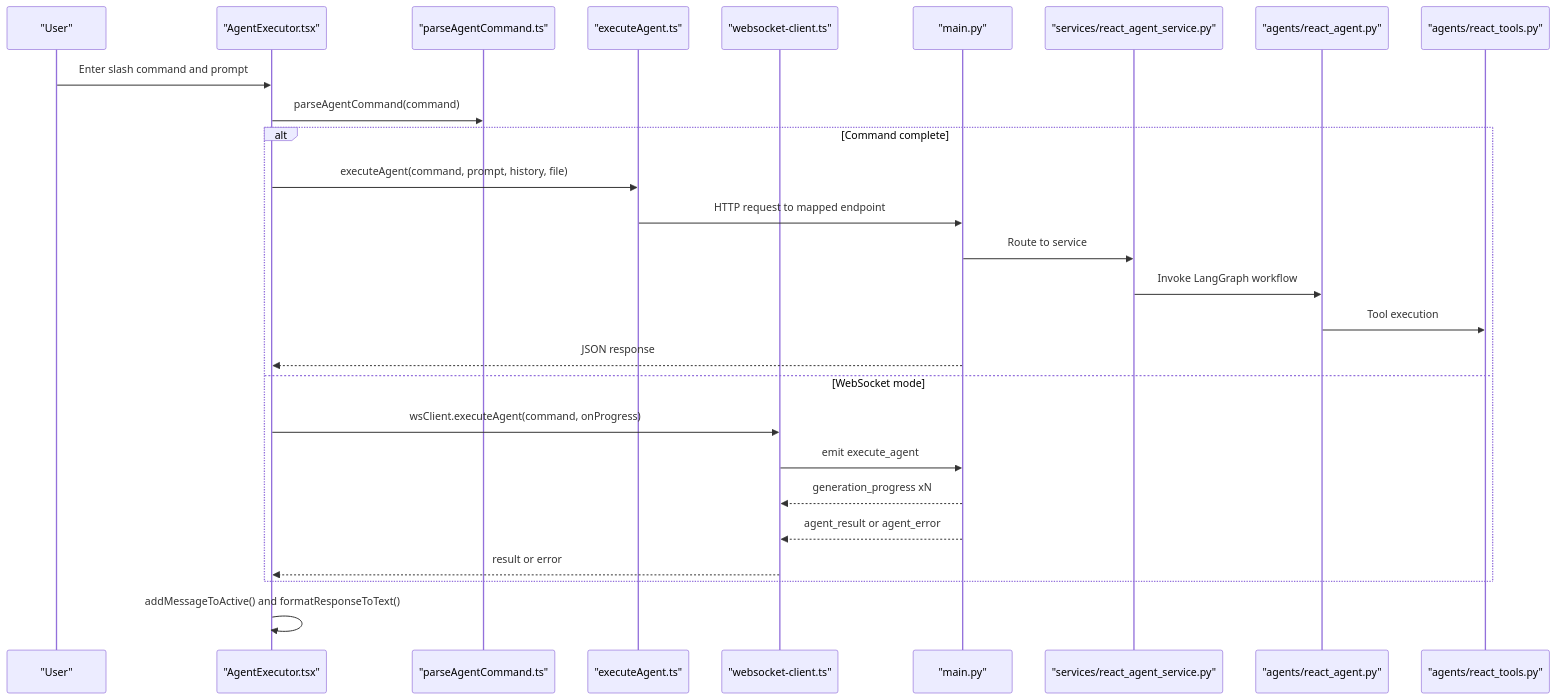
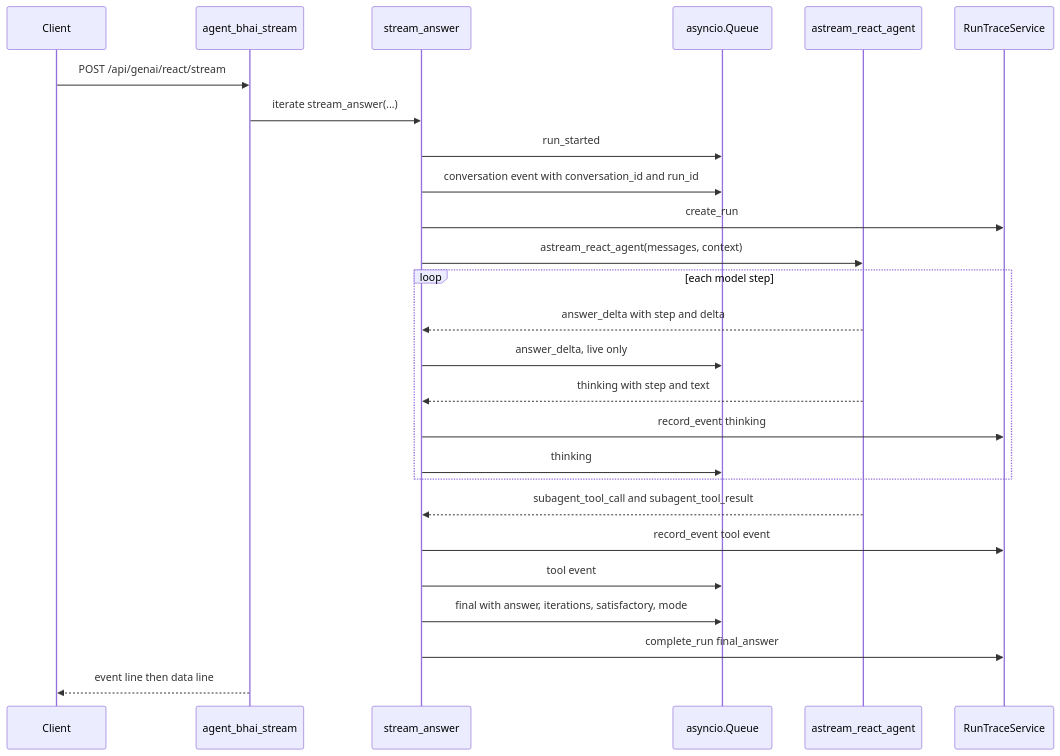
Before and after one commit to tashifkhan/tashif.codes: the second of 6 diagrams in src/data/docs/agentic-browser/Browser Extension/Agent Execution Engine.md, drawn with Mermaid. The commit also changed other lines of this file and 114 other files, not shown here.

````diff
--- a/src/data/docs/agentic-browser/Browser Extension/Agent Execution Engine.md
+++ b/src/data/docs/agentic-browser/Browser Extension/Agent Execution Engine.md
@@ -56,29 +60,28 @@
 ```mermaid
 sequenceDiagram
-participant User as "User"
-participant UI as "AgentExecutor.tsx"
-participant Parser as "parseAgentCommand.ts"
-participant Exec as "executeAgent.ts"
-participant WS as "websocket-client.ts"
-participant API as "main.py"
-participant Svc as "services/react_agent_service.py"
-participant Graph as "agents/react_agent.py"
-participant Tools as "agents/react_tools.py"
-User->>UI : Enter slash command and prompt
-UI->>Parser : parseAgentCommand(command)
-alt Command complete
-UI->>Exec : executeAgent(command, prompt, history, file)
-Exec->>API : HTTP request to mapped endpoint
-API->>Svc : Route to service
-Svc->>Graph : Invoke LangGraph workflow
-Graph->>Tools : Tool execution
-API-->>UI : JSON response
-else WebSocket mode
-UI->>WS : wsClient.executeAgent(command, onProgress)
-WS->>API : emit execute_agent
-API-->>WS : generation_progress xN
-API-->>WS : agent_result or agent_error
-WS-->>UI : result or error
-end
-UI->>UI : addMessageToActive() and formatResponseToText()
+  participant C as Client
+  participant R as agent_bhai_stream
+  participant S as stream_answer
+  participant Q as asyncio.Queue
+  participant A as astream_react_agent
+  participant T as RunTraceService
+  C->>R: POST /api/genai/react/stream
+  R->>S: iterate stream_answer(...)
+  S->>Q: run_started
+  S->>Q: conversation event with conversation_id and run_id
+  S->>T: create_run
+  S->>A: astream_react_agent(messages, context)
+  loop each model step
+    A-->>S: answer_delta with step and delta
+    S->>Q: answer_delta, live only
+    A-->>S: thinking with step and text
+    S->>T: record_event thinking
+    S->>Q: thinking
+  end
+  A-->>S: subagent_tool_call and subagent_tool_result
+  S->>T: record_event tool event
+  S->>Q: tool event
+  S->>Q: final with answer, iterations, satisfactory, mode
+  S->>T: complete_run final_answer
+  R-->>C: event line then data line
 ```
````
